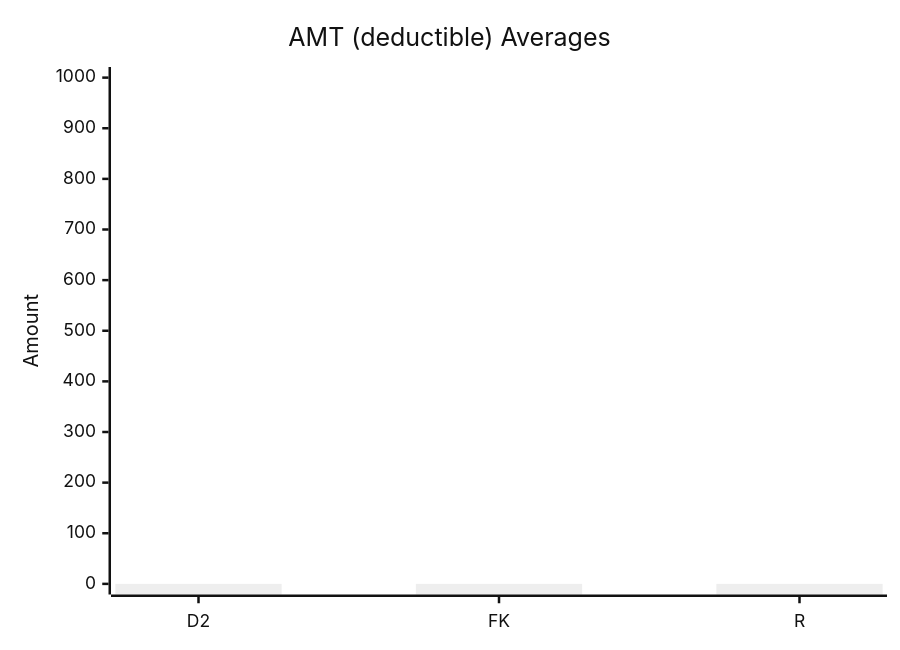
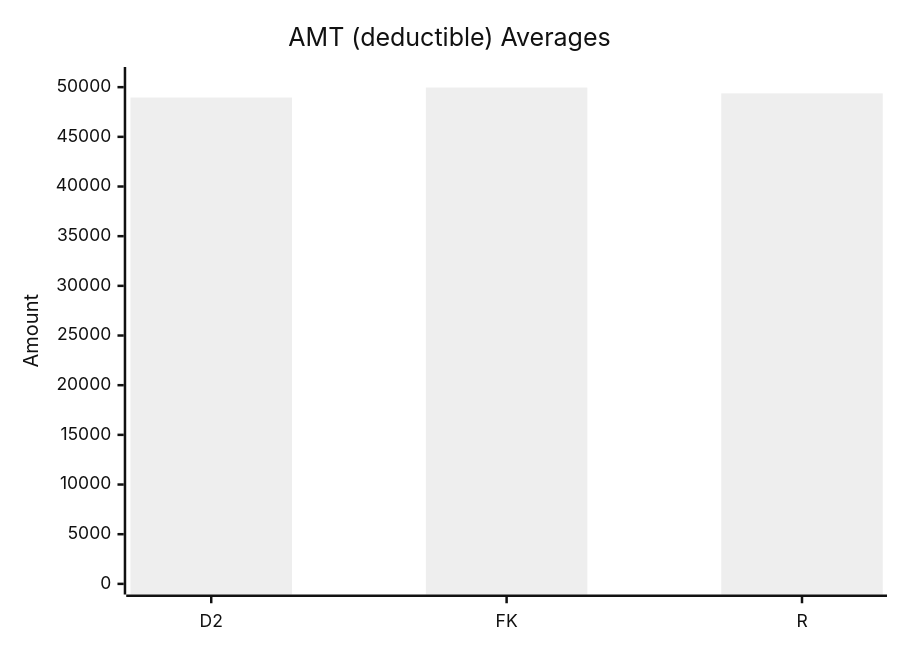
The ninth of 10 diagrams in test-tools/DataGen/src/Statistics_Visualizer.md (dhagan-va/intern-2025), drawn with Mermaid (neutral theme) before and after one commit. The commit also changed other lines of this file, not shown here.

````diff
--- a/test-tools/DataGen/src/Statistics_Visualizer.md
+++ b/test-tools/DataGen/src/Statistics_Visualizer.md
@@ -98,7 +98,7 @@
 ```mermaid
 xychart-beta
     title "AMT (deductible) Averages"
     x-axis ["D2", "FK", "R"]
-    y-axis "Amount" 0 --> 1000.0
-    bar [0.0, 0.0, 0.0]
+    y-axis "Amount" 0 --> 50959.90747942101
+    bar [48956.36153846157, 49959.90747942101, 49374.882500709704]
 ```
````
